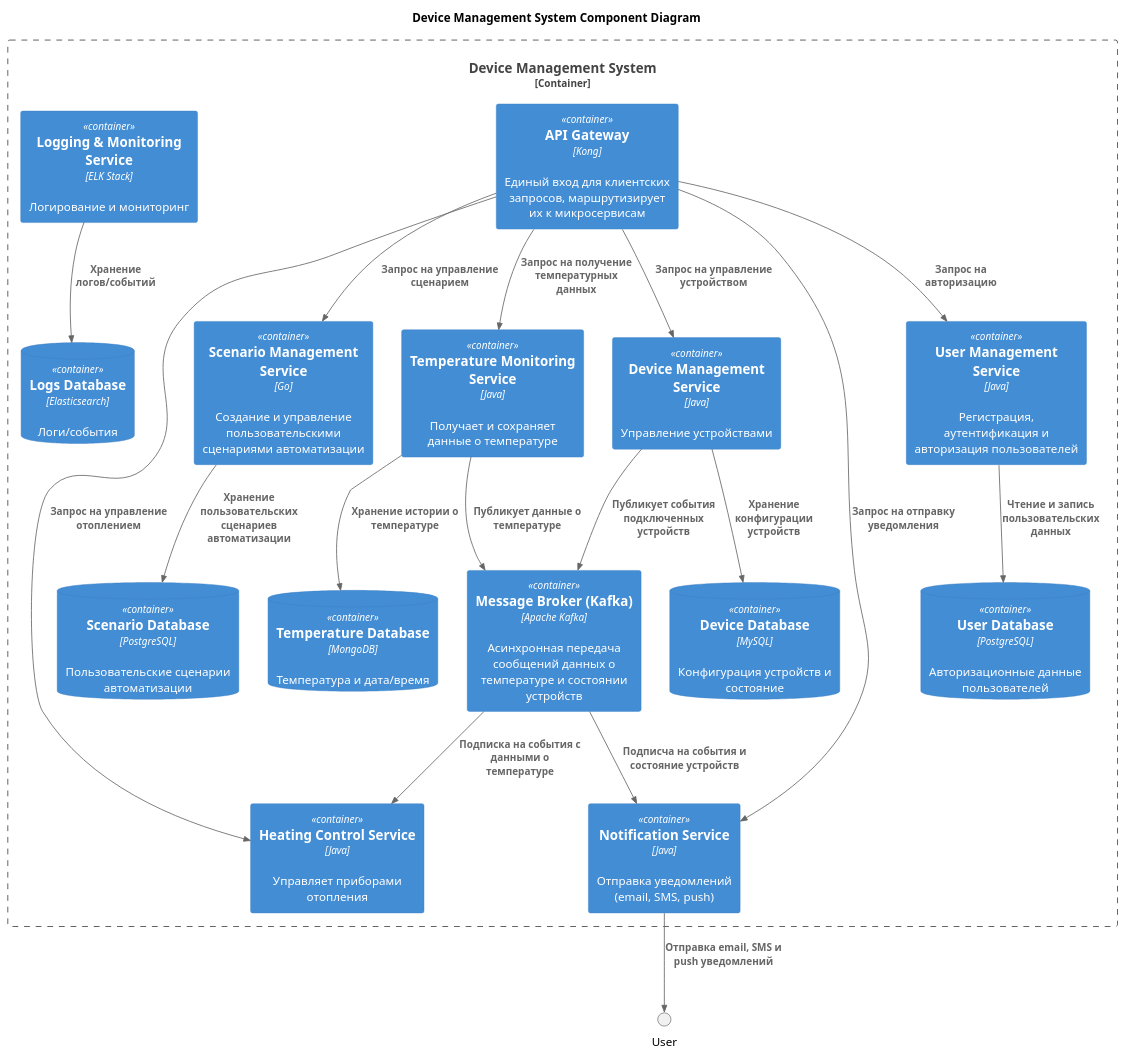
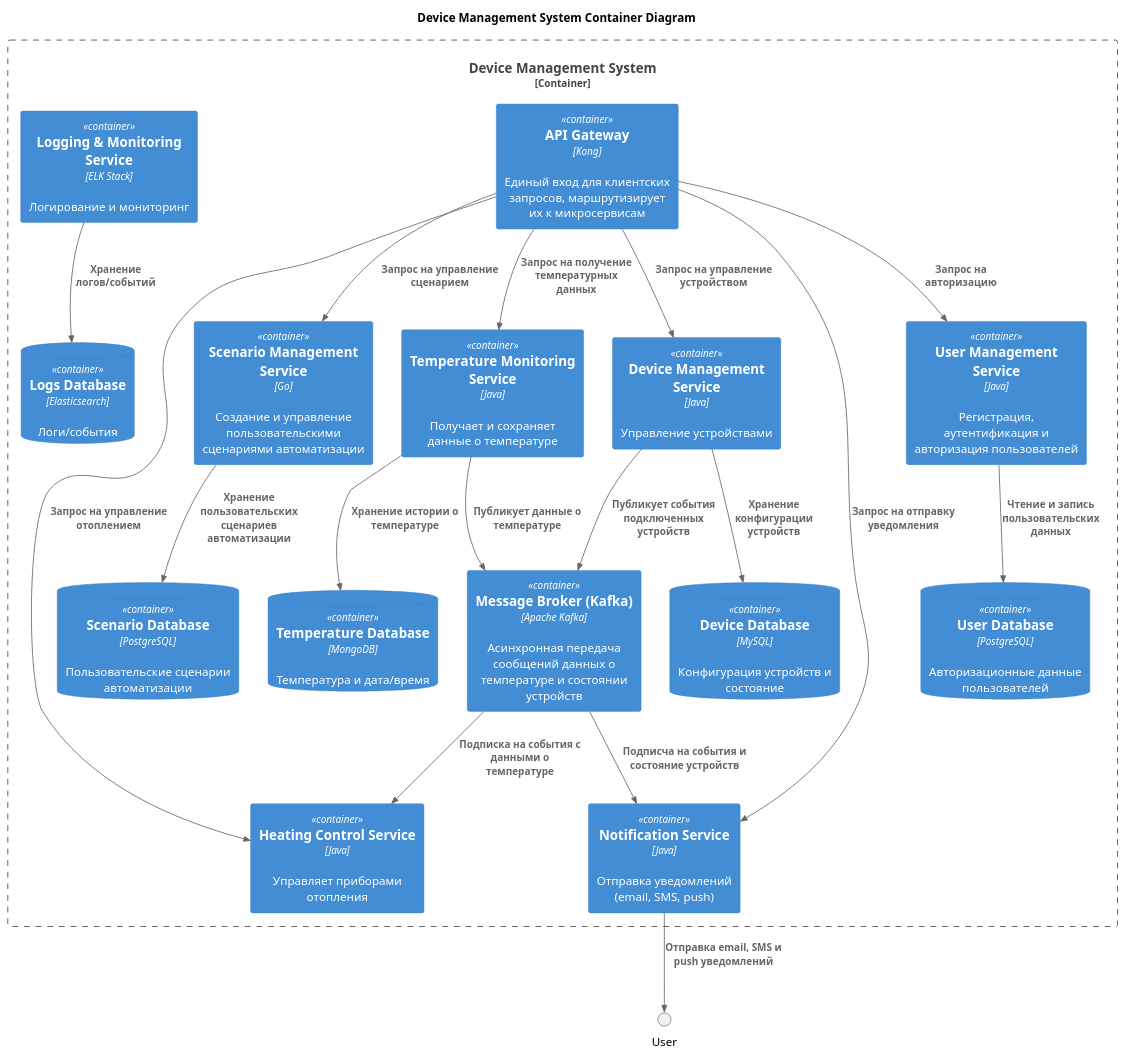
One commit to fireflysmk/architecture-sprint-3 changed the diagram in C4_2_TOBE_Container.puml. Above: the diagram before and after it, drawn with PlantUML. The commit also changed 3 other files, not shown here.

```diff
--- a/C4_2_TOBE_Container.puml
+++ b/C4_2_TOBE_Container.puml
@@ -1,48 +1,48 @@
 @startuml
-title Device Management System Component Diagram
+title Device Management System Container Diagram
 
 top to bottom direction
 
-!includeurl https://raw.githubusercontent.com/RicardoNiepel/C4-PlantUML/master/C4_Component.puml
+!includeurl https://raw.githubusercontent.com/RicardoNiepel/C4-PlantUML/master/C4_Container.puml
 
 Container_Boundary(System, "Device Management System") {
   Container(API_Gateway, "API Gateway", "Kong", "Единый вход для клиентских запросов, маршрутизирует их к микросервисам")
   Container(Kafka, "Message Broker (Kafka)", "Apache Kafka", "Асинхронная передача сообщений данных о температуре и состоянии устройств")
 
   Container(HeatingControlService, "Heating Control Service", "Java", "Управляет приборами отопления")
   Container(TemperatureMonitoringService, "Temperature Monitoring Service", "Java", "Получает и сохраняет данные о температуре")
   Container(DeviceManagementService, "Device Management Service", "Java", "Управление устройствами")
   Container(UserManagementService, "User Management Service", "Java", "Регистрация, аутентификация и авторизация пользователей")
   Container(NotificationService, "Notification Service", "Java", "Отправка уведомлений (email, SMS, push)")
   Container(ScenarioManagementService, "Scenario Management Service", "Go", "Создание и управление пользовательскими сценариями автоматизации")
   Container(LoggingMonitoringService, "Logging & Monitoring Service", "ELK Stack", "Логирование и мониторинг")
   
   ContainerDb(UserDB, "User Database", "PostgreSQL", "Авторизационные данные пользователей")
   ContainerDb(TemperatureDB, "Temperature Database", "MongoDB", "Температура и дата/время")
   ContainerDb(DeviceDB, "Device Database", "MySQL", "Конфигурация устройств и состояние")
   ContainerDb(ScenarioDB, "Scenario Database", "PostgreSQL", "Пользовательские сценарии автоматизации")
   ContainerDb(LogsDB, "Logs Database", "Elasticsearch", "Логи/события")
 }
 
 ' Взаимодействия
 Rel(API_Gateway, HeatingControlService, "Запрос на управление отоплением")
 Rel(API_Gateway, TemperatureMonitoringService, "Запрос на получение температурных данных")
 Rel(API_Gateway, DeviceManagementService, "Запрос на управление устройством")
 Rel(API_Gateway, UserManagementService, "Запрос на авторизацию")
 Rel(API_Gateway, NotificationService, "Запрос на отправку уведомления")
 Rel(API_Gateway, ScenarioManagementService, "Запрос на управление сценарием")
 
 Rel(TemperatureMonitoringService, Kafka, "Публикует данные о температуре")
 Rel(DeviceManagementService, Kafka, "Публикует события подключенных устройств")
 Rel(Kafka, HeatingControlService, "Подписка на события с данными о температуре")
 Rel(Kafka, NotificationService, "Подписча на события и состояние устройств")
 
 Rel(UserManagementService, UserDB, "Чтение и запись пользовательских данных")
 Rel(TemperatureMonitoringService, TemperatureDB, "Хранение истории о температуре")
 Rel(DeviceManagementService, DeviceDB, "Хранение конфигурации устройств")
 Rel(ScenarioManagementService, ScenarioDB, "Хранение пользовательских сценариев автоматизации")
 Rel(LoggingMonitoringService, LogsDB, "Хранение логов/событий")
 
 ' Уведомления пользователю
 Rel(NotificationService, User, "Отправка email, SMS и push уведомлений")
 @enduml
```
